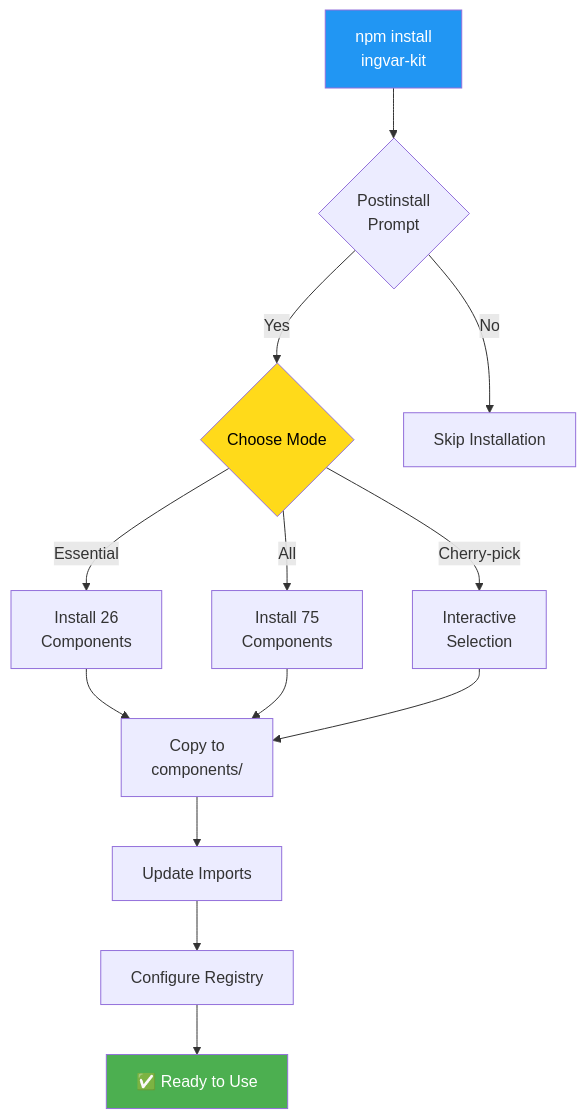
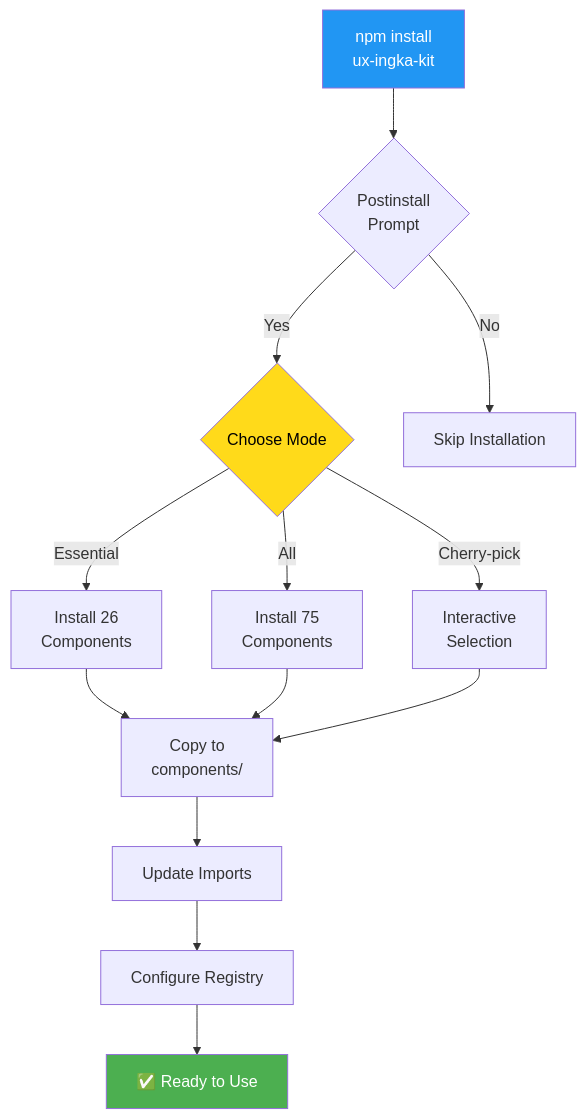
One commit to leopagotto/ux-ingka-kit changed the fourth of 4 diagrams in README.md. Above: the diagram before and after it, drawn with Mermaid. The commit also changed other lines of this file and 62 other files, not shown here.

First line of the commit message:
feat: rebrand ingvar-kit to ux-ingka-kit (v7.0.0)

````diff
--- a/README.md
+++ b/README.md
@@ -268,22 +268,22 @@
 ```mermaid
 graph TD
-    A[npm install<br/>ingvar-kit] --> B{Postinstall<br/>Prompt}
+    A[npm install<br/>ux-ingka-kit] --> B{Postinstall<br/>Prompt}
     B -->|Yes| C{Choose Mode}
     B -->|No| Z[Skip Installation]
 
     C -->|Essential| D[Install 26<br/>Components]
     C -->|All| E[Install 75<br/>Components]
     C -->|Cherry-pick| F[Interactive<br/>Selection]
 
     D --> G[Copy to<br/>components/]
     E --> G
     F --> G
 
     G --> H[Update Imports]
     H --> I[Configure Registry]
     I --> J[✅ Ready to Use]
 
     style A fill:#2196F3,color:#fff
     style C fill:#FFDA1A,color:#000
     style J fill:#4CAF50,color:#fff
 ```
````
